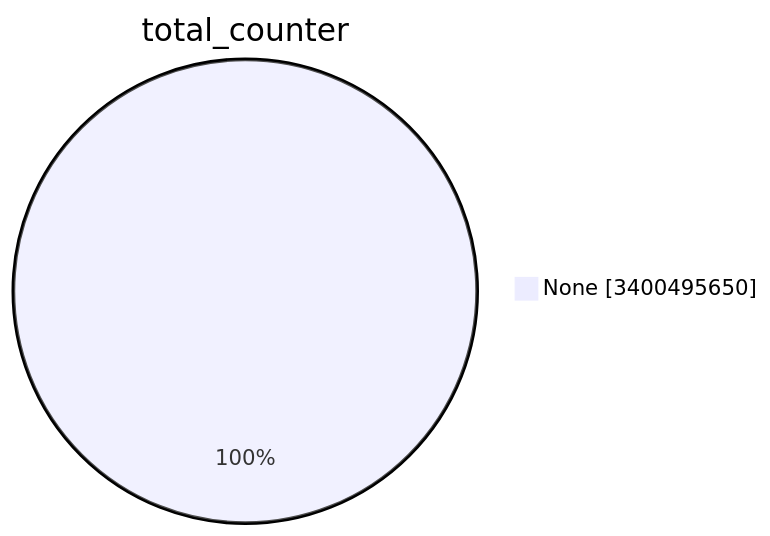
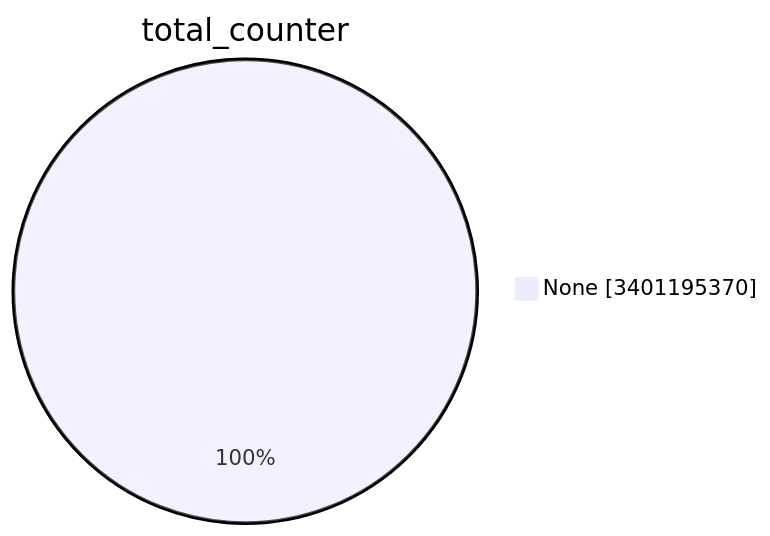
Before and after one commit to christiankrug/ctmonitor_visualization: the first of 15 diagrams in TOTAL/README.md, drawn with Mermaid. The commit also changed other lines of this file, not shown here.

````diff
--- a/TOTAL/README.md
+++ b/TOTAL/README.md
@@ -1,5 +1,5 @@
 ```mermaid
 pie showData
 title total_counter
-"None" :3400495650
+"None" :3401195370
 ```
````
